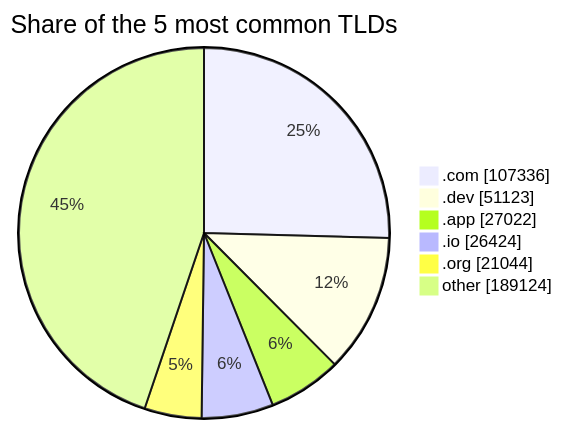
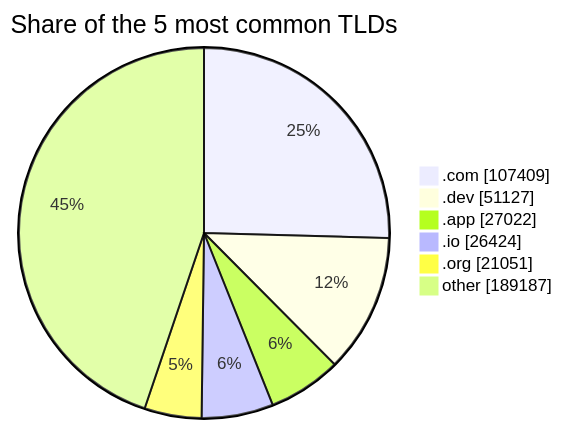
The third of 3 diagrams in README.md (DNSBunker/CTI), drawn with Mermaid before and after one commit. The commit also changed other lines of this file and 3 other files, not shown here.

````diff
--- a/README.md
+++ b/README.md
@@ -81,9 +81,9 @@
 ```mermaid
 pie showData title Share of the 5 most common TLDs
-    ".com" : 107336
-    ".dev" : 51123
+    ".com" : 107409
+    ".dev" : 51127
     ".app" : 27022
     ".io" : 26424
-    ".org" : 21044
-    "other" : 189124
+    ".org" : 21051
+    "other" : 189187
 ```
````
